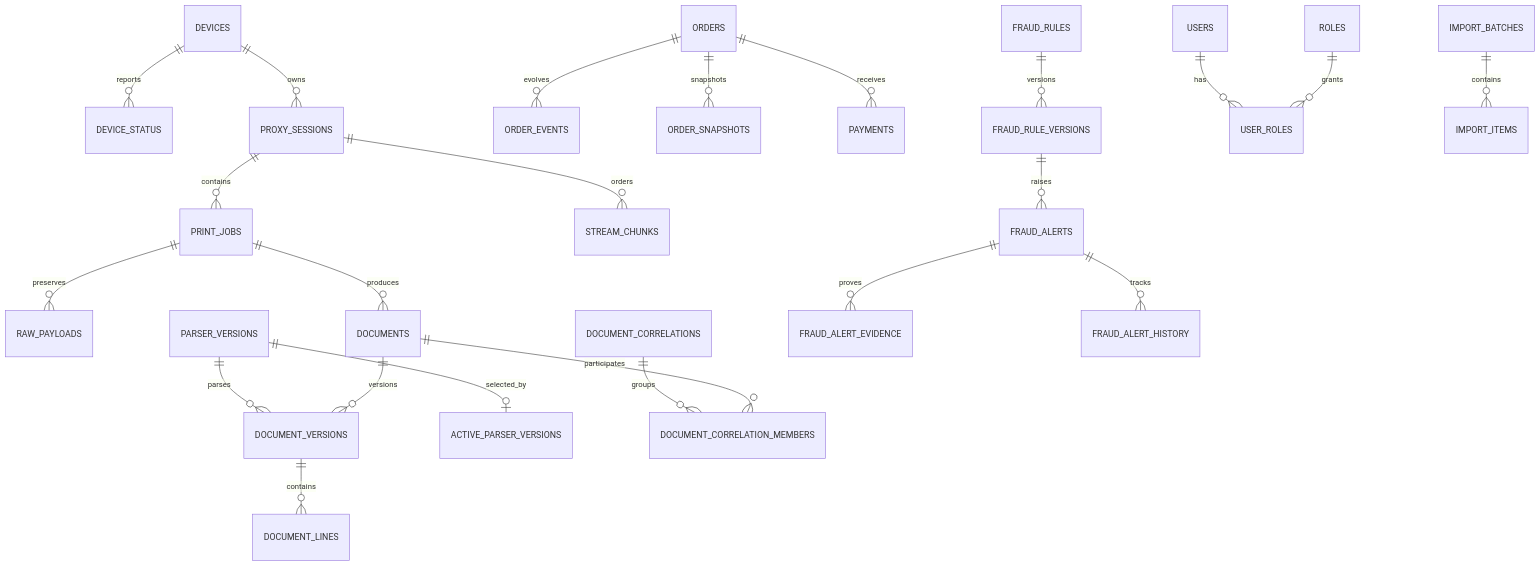
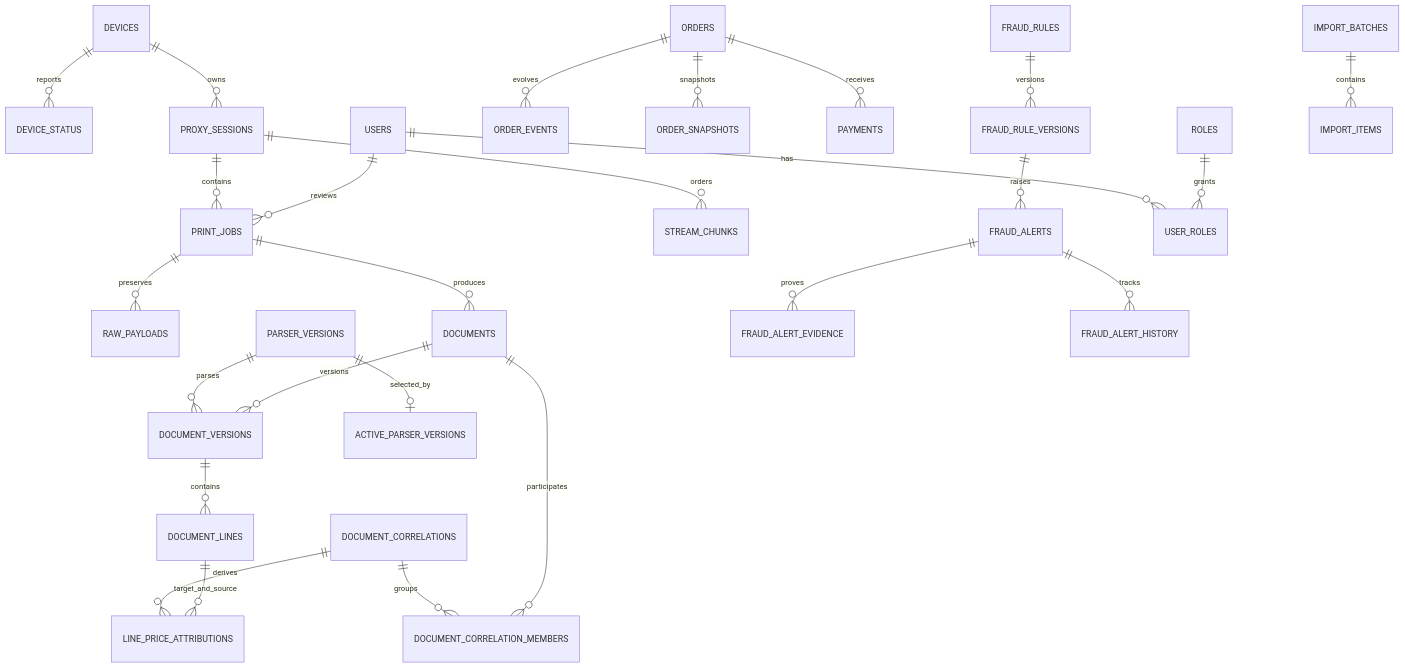
The diagram in docs/DATABASE.md (okno/RetailPrintGuard), drawn with Mermaid before and after one commit. The commit also changed other lines of this file and 71 other files, not shown here.

````diff
--- a/docs/DATABASE.md
+++ b/docs/DATABASE.md
@@ -40,25 +40,28 @@
 ```mermaid
 erDiagram
     DEVICES ||--o{ DEVICE_STATUS : reports
     DEVICES ||--o{ PROXY_SESSIONS : owns
     PROXY_SESSIONS ||--o{ PRINT_JOBS : contains
+    USERS ||--o{ PRINT_JOBS : reviews
     PRINT_JOBS ||--o{ RAW_PAYLOADS : preserves
     PROXY_SESSIONS ||--o{ STREAM_CHUNKS : orders
     PRINT_JOBS ||--o{ DOCUMENTS : produces
     PARSER_VERSIONS ||--o{ DOCUMENT_VERSIONS : parses
     PARSER_VERSIONS ||--o| ACTIVE_PARSER_VERSIONS : selected_by
     DOCUMENTS ||--o{ DOCUMENT_VERSIONS : versions
     DOCUMENT_VERSIONS ||--o{ DOCUMENT_LINES : contains
     ORDERS ||--o{ ORDER_EVENTS : evolves
     ORDERS ||--o{ ORDER_SNAPSHOTS : snapshots
     ORDERS ||--o{ PAYMENTS : receives
     DOCUMENT_CORRELATIONS ||--o{ DOCUMENT_CORRELATION_MEMBERS : groups
     DOCUMENTS ||--o{ DOCUMENT_CORRELATION_MEMBERS : participates
+    DOCUMENT_CORRELATIONS ||--o{ LINE_PRICE_ATTRIBUTIONS : derives
+    DOCUMENT_LINES ||--o{ LINE_PRICE_ATTRIBUTIONS : target_and_source
     FRAUD_RULES ||--o{ FRAUD_RULE_VERSIONS : versions
     FRAUD_RULE_VERSIONS ||--o{ FRAUD_ALERTS : raises
     FRAUD_ALERTS ||--o{ FRAUD_ALERT_EVIDENCE : proves
     FRAUD_ALERTS ||--o{ FRAUD_ALERT_HISTORY : tracks
     USERS ||--o{ USER_ROLES : has
     ROLES ||--o{ USER_ROLES : grants
     IMPORT_BATCHES ||--o{ IMPORT_ITEMS : contains
 ```
````
